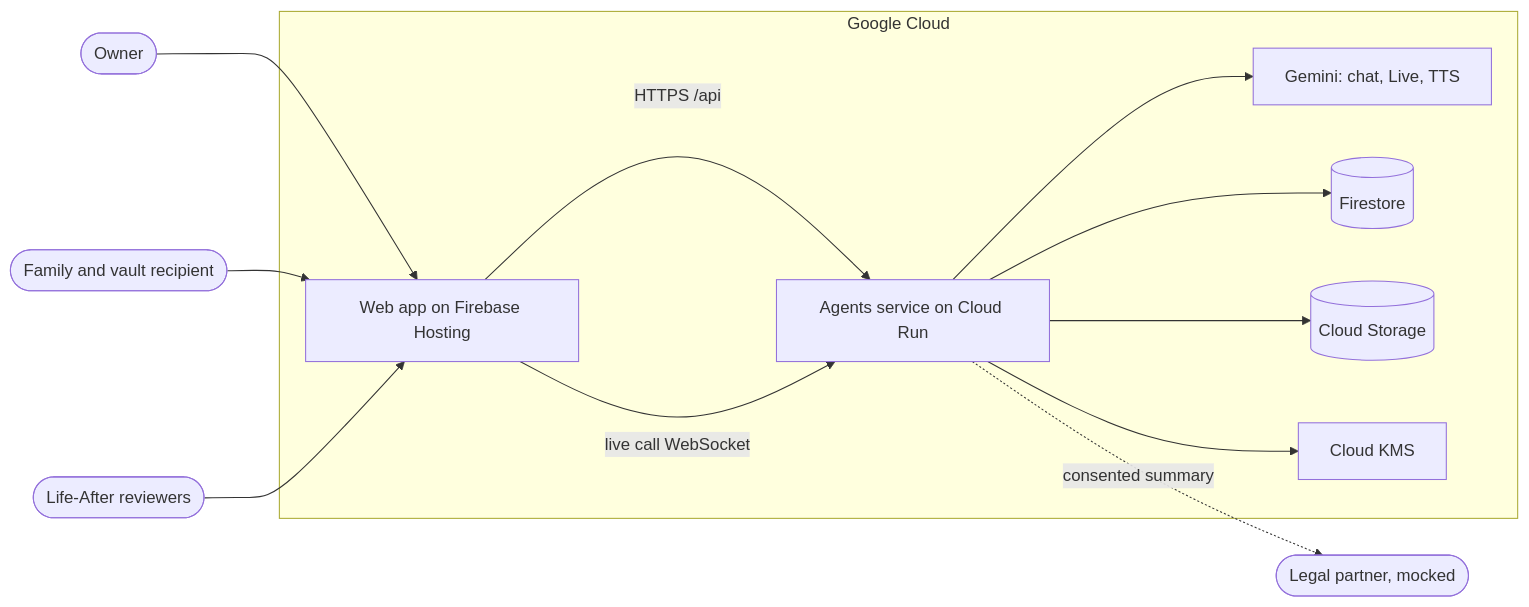
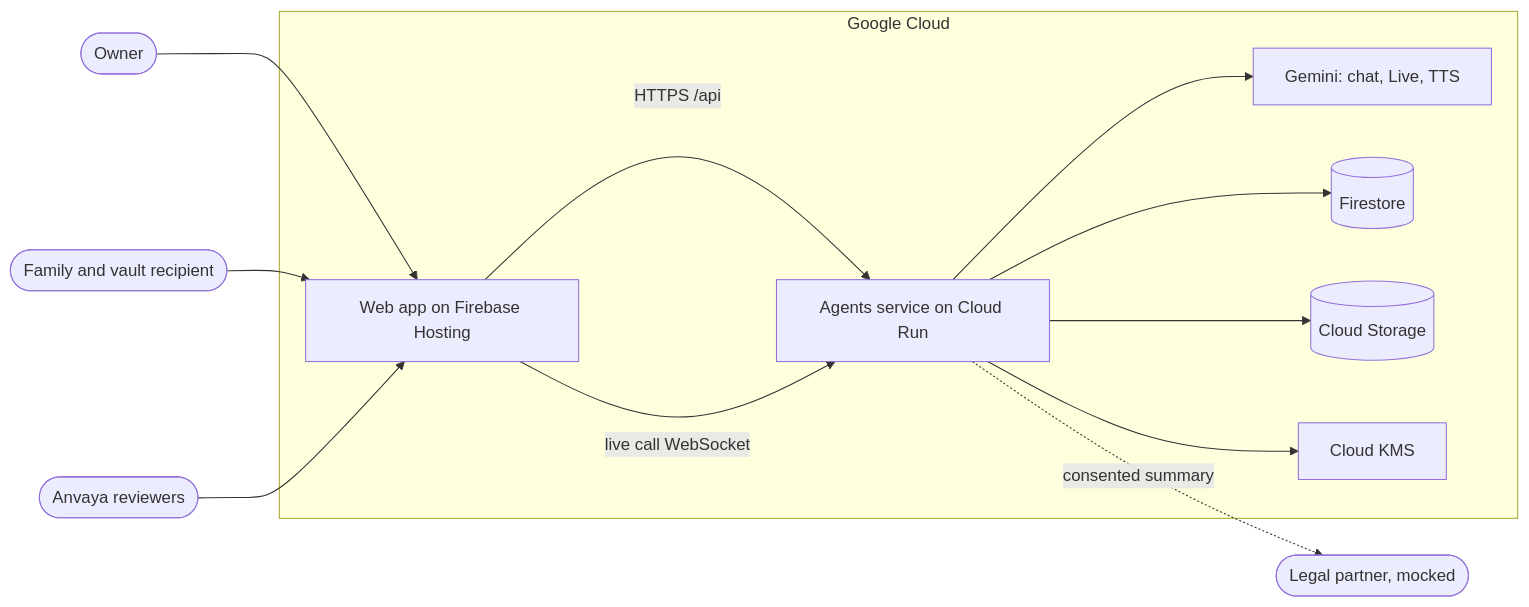
One commit to sachiachar/anvaya changed the first of 4 diagrams in docs/architecture.md. Above: the diagram before and after it, drawn with Mermaid. The commit also changed other lines of this file and 16 other files, not shown here.

````diff
--- a/docs/architecture.md
+++ b/docs/architecture.md
@@ -25,15 +25,15 @@
 ```mermaid
 flowchart LR
     owner(["Owner"]) --> app
     family(["Family and vault recipient"]) --> app
-    team(["Life-After reviewers"]) --> app
+    team(["Anvaya reviewers"]) --> app
     subgraph gcp ["Google Cloud"]
         app["Web app on Firebase Hosting"] -->|"HTTPS /api"| api["Agents service on Cloud Run"]
         app -->|"live call WebSocket"| api
         api --> gemini["Gemini: chat, Live, TTS"]
         api --> fs[("Firestore")]
         api --> gcs[("Cloud Storage")]
         api --> kms["Cloud KMS"]
     end
     api -.->|"consented summary"| legal(["Legal partner, mocked"])
 ```
````
